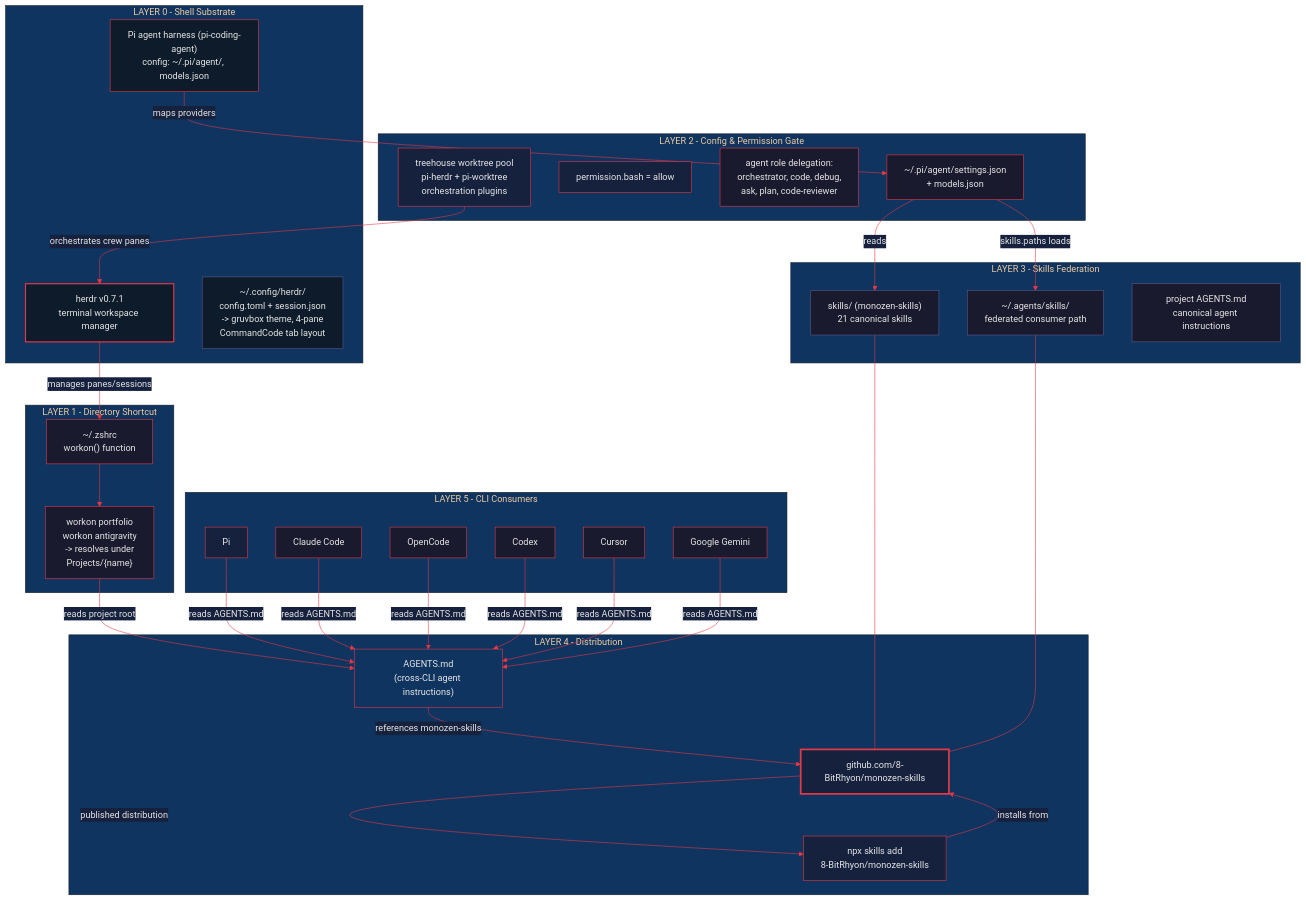
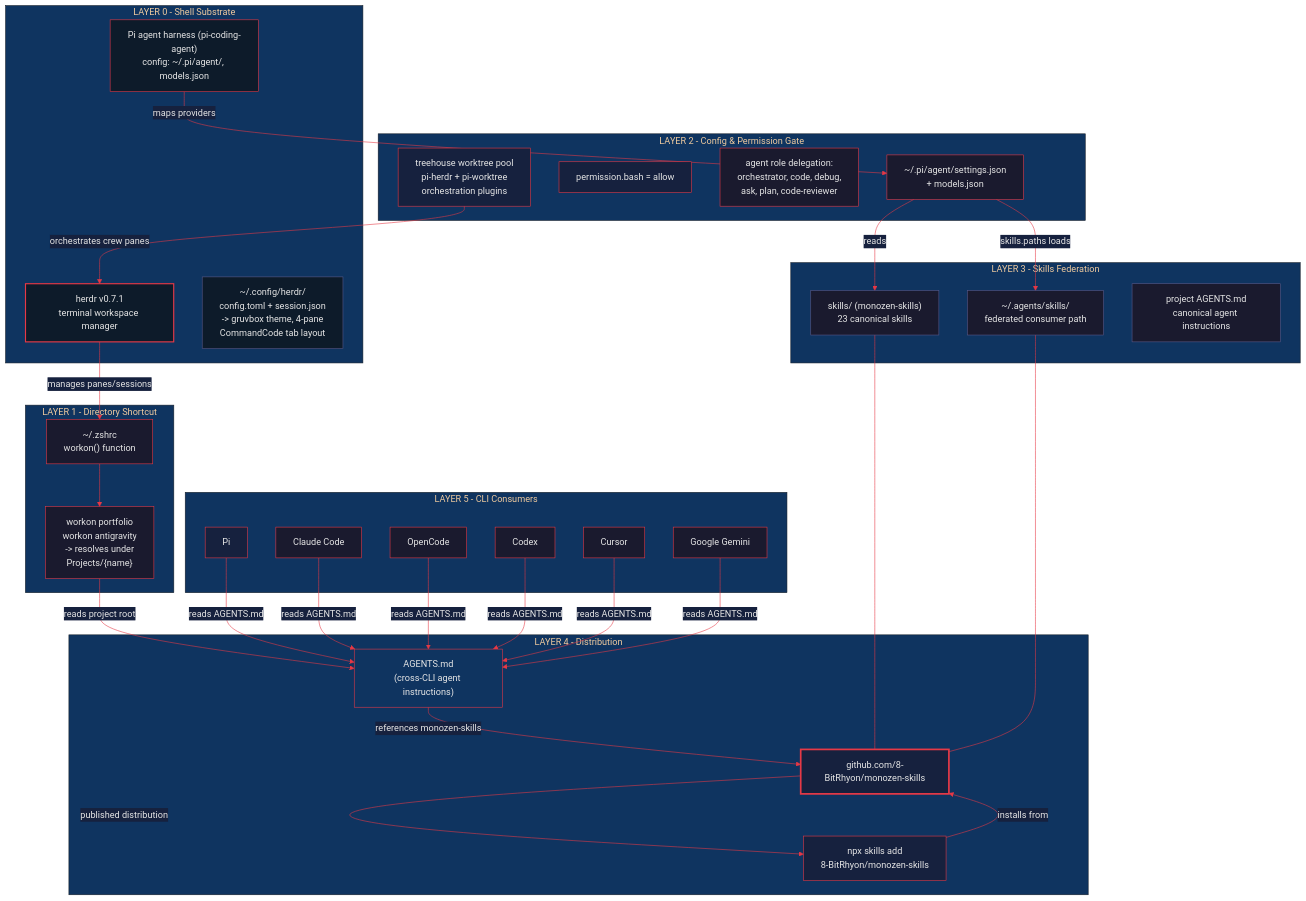
Before and after one commit to 8-BitRhyon/monozen-skills: the diagram in assets/monozen-skills-arch.mmd, drawn with Mermaid. The commit also changed 6 other files, not shown here.

```diff
--- a/assets/monozen-skills-arch.mmd
+++ b/assets/monozen-skills-arch.mmd
@@ -1,75 +1,75 @@
 %%{init: {'theme': 'base', 'themeVariables': {'primaryColor': '#1a1a2e', 'primaryTextColor': '#e6e6e6', 'primaryBorderColor': '#e63946', 'lineColor': '#e63946', 'secondaryColor': '#16213e', 'tertiaryColor': '#0f3460'}}}%%
 
 flowchart TB
     subgraph Layer0["LAYER 0 - Shell Substrate"]
         HR["herdr v0.7.1<br/>terminal workspace manager"]
         PIF["Pi agent harness (pi-coding-agent)<br/>config: ~/.pi/agent/, models.json"]
         HRCFG["~/.config/herdr/<br/>config.toml + session.json<br/>-> gruvbox theme, 4-pane<br/>  CommandCode tab layout"]
     end
 
     subgraph Layer1["LAYER 1 - Directory Shortcut"]
         ZS["~/.zshrc<br/>workon() function"]
         WU["workon portfolio<br/>workon antigravity<br/>-> resolves under<br/>Projects/{name}"]
     end
 
     subgraph Layer2["LAYER 2 - Config & Permission Gate"]
         KC["~/.pi/agent/settings.json<br/>+ models.json"]
         PERM["permission.bash = allow"]
         AGD["agent role delegation:<br/>orchestrator, code, debug,<br/>ask, plan, code-reviewer"]
         IDX["treehouse worktree pool<br/>pi-herdr + pi-worktree<br/>orchestration plugins"]
     end
 
     subgraph Layer3["LAYER 3 - Skills Federation"]
-        FS1["skills/ (monozen-skills)<br/>21 canonical skills"]
+        FS1["skills/ (monozen-skills)<br/>23 canonical skills"]
         FS2["~/.agents/skills/<br/>federated consumer path"]
         FS3["project AGENTS.md<br/>canonical agent instructions"]
     end
 
     subgraph Layer4["LAYER 4 - Distribution"]
         MS["github.com/8-BitRhyon/monozen-skills"]
         NPX["npx skills add<br/>8-BitRhyon/monozen-skills"]
         AG["AGENTS.md<br/>(cross-CLI agent instructions)"]
     end
 
     subgraph Layer5["LAYER 5 - CLI Consumers"]
         PI["Pi"]
         CC["Claude Code"]
         OC["OpenCode"]
         CX["Codex"]
         CU["Cursor"]
         GK["Google Gemini"]
     end
 
     HR -->|manages panes/sessions| ZS
     ZS --> WU
     WU -->|reads project root| AG
     AG -->|references monozen-skills| MS
     PIF -->|maps providers| KC
     KC -->|skills.paths loads| FS2
     KC -->|reads| FS1
     IDX -->|orchestrates crew panes| HR
     NPX -->|installs from| MS
     MS -->|published distribution| NPX
     FS1 --- MS
     FS2 --- MS
     PI -->|reads AGENTS.md| AG
     CC -->|reads AGENTS.md| AG
     OC -->|reads AGENTS.md| AG
     CX -->|reads AGENTS.md| AG
     CU -->|reads AGENTS.md| AG
     GK -->|reads AGENTS.md| AG
 
     style HR fill:#0d1b2a,stroke:#e63946,color:#e6e6e6,stroke-width:2px
     style PIF fill:#0d1b2a,stroke:#e63946,color:#e6e6e6
     style HRCFG fill:#0d1b2a,stroke:#5a5a8a,color:#e6e6e6
     style ZS fill:#1a1a2e,stroke:#e63946,color:#e6e6e6
     style KC fill:#1a1a2e,stroke:#e63946,color:#e6e6e6
     style MS fill:#16213e,stroke:#e63946,color:#e6e6e6,stroke-width:3px
     style AG fill:#0f3460,stroke:#e63946,color:#e6e6e6
     style NPX fill:#16213e,stroke:#e63946,color:#e6e6e6
     style FS1 fill:#1a1a2e,stroke:#5a5a8a,color:#e6e6e6
     style FS2 fill:#1a1a2e,stroke:#5a5a8a,color:#e6e6e6
     style FS3 fill:#1a1a2e,stroke:#5a5a8a,color:#e6e6e6
     style PI fill:#16213e,stroke:#e63946,color:#e6e6e6
     style PERM fill:#16213e,stroke:#e63946,color:#e6e6e6
     style IDX fill:#16213e,stroke:#e63946,color:#e6e6e6
```
